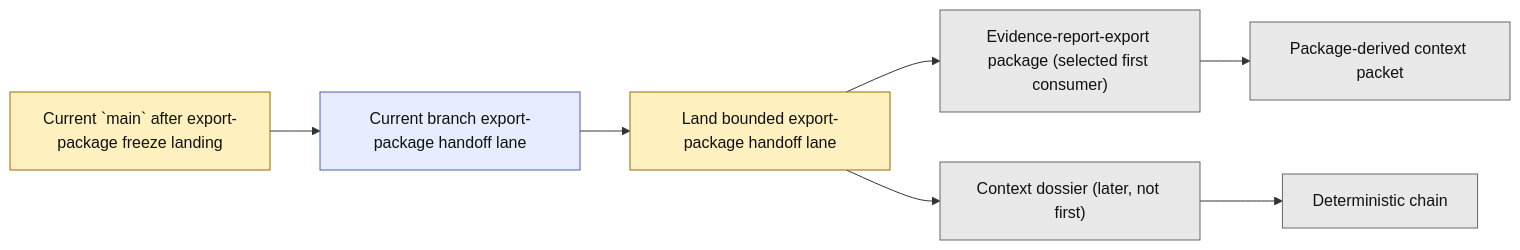
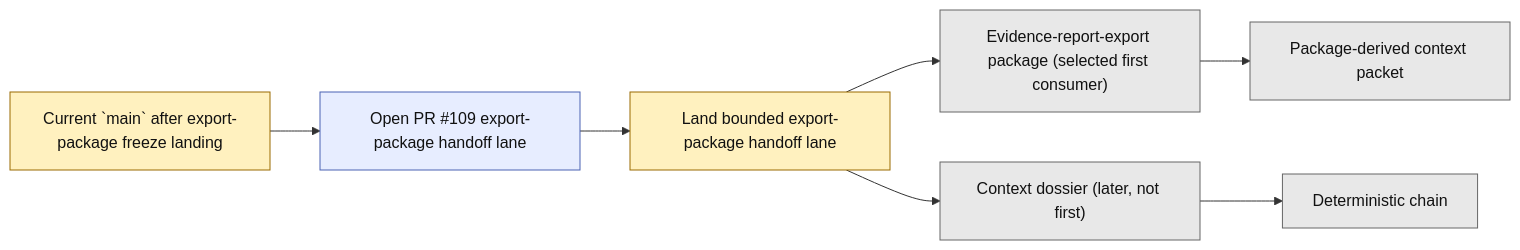
Before and after one commit to benjmcd/project6_REPO_MCP_FOLDER: the second of 2 diagrams in next_milestone_plans/layer3_progress_board.md, drawn with Mermaid. The commit also changed other lines of this file and 3 other files, not shown here.

Commit message:
docs(layer3): mark export-package lane open

````diff
--- a/next_milestone_plans/layer3_progress_board.md
+++ b/next_milestone_plans/layer3_progress_board.md
@@ -107,17 +107,17 @@
 ```mermaid
 flowchart LR
-    A["Current `main` after export-package freeze landing"] --> B["Current branch export-package handoff lane"]
+    A["Current `main` after export-package freeze landing"] --> B["Open PR #109 export-package handoff lane"]
     B --> C["Land bounded export-package handoff lane"]
     C --> D["Evidence-report-export package (selected first consumer)"]
     C --> E["Context dossier (later, not first)"]
     D --> F["Package-derived context packet"]
     E --> G["Deterministic chain"]
 
     classDef next fill:#fff1bf,stroke:#9a6b00,color:#111;
     classDef branch fill:#e7edff,stroke:#4b63b3,color:#111;
     classDef future fill:#e8e8e8,stroke:#666,color:#111;
 
     class A,C next;
     class B branch;
     class D,E,F,G future;
 ```
````
